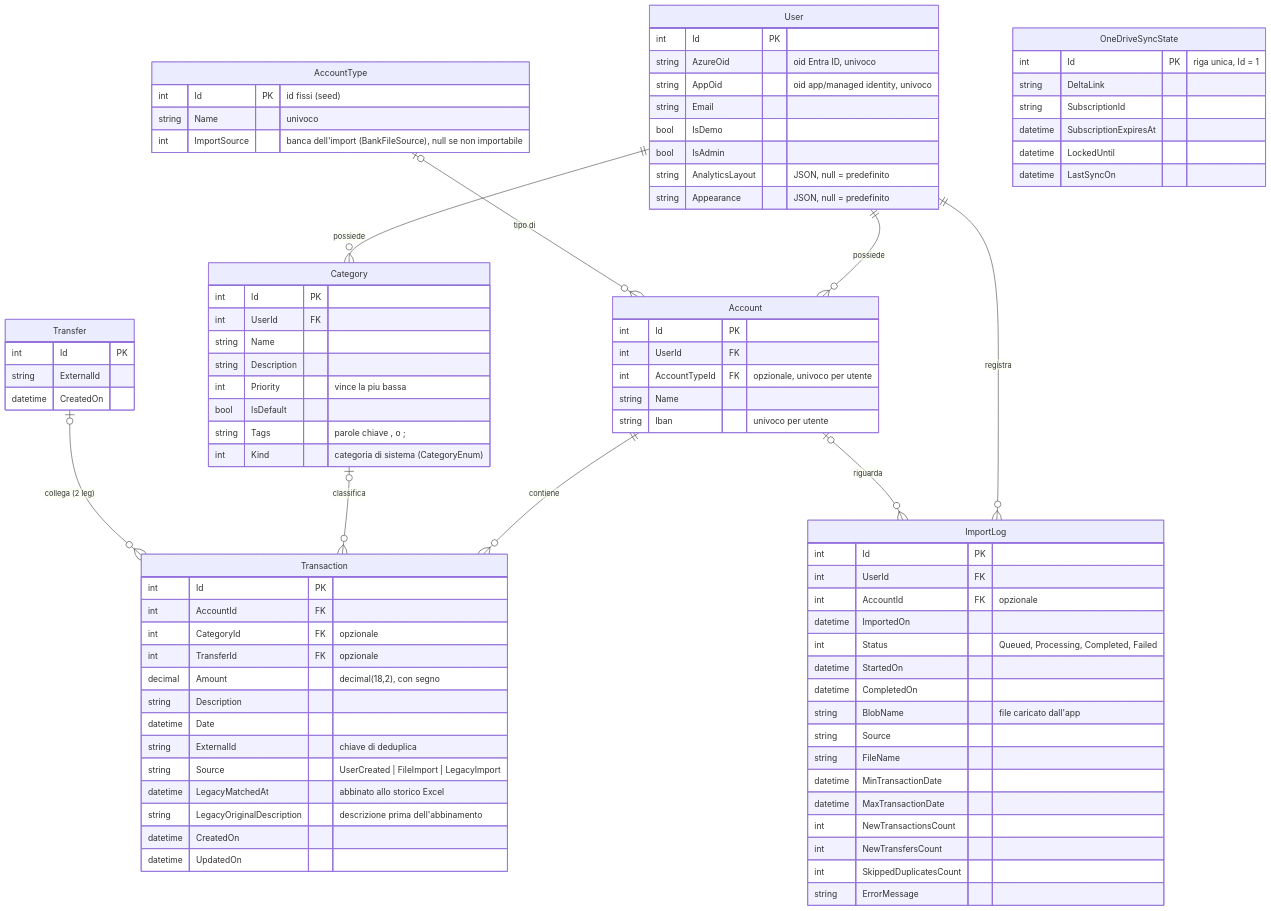
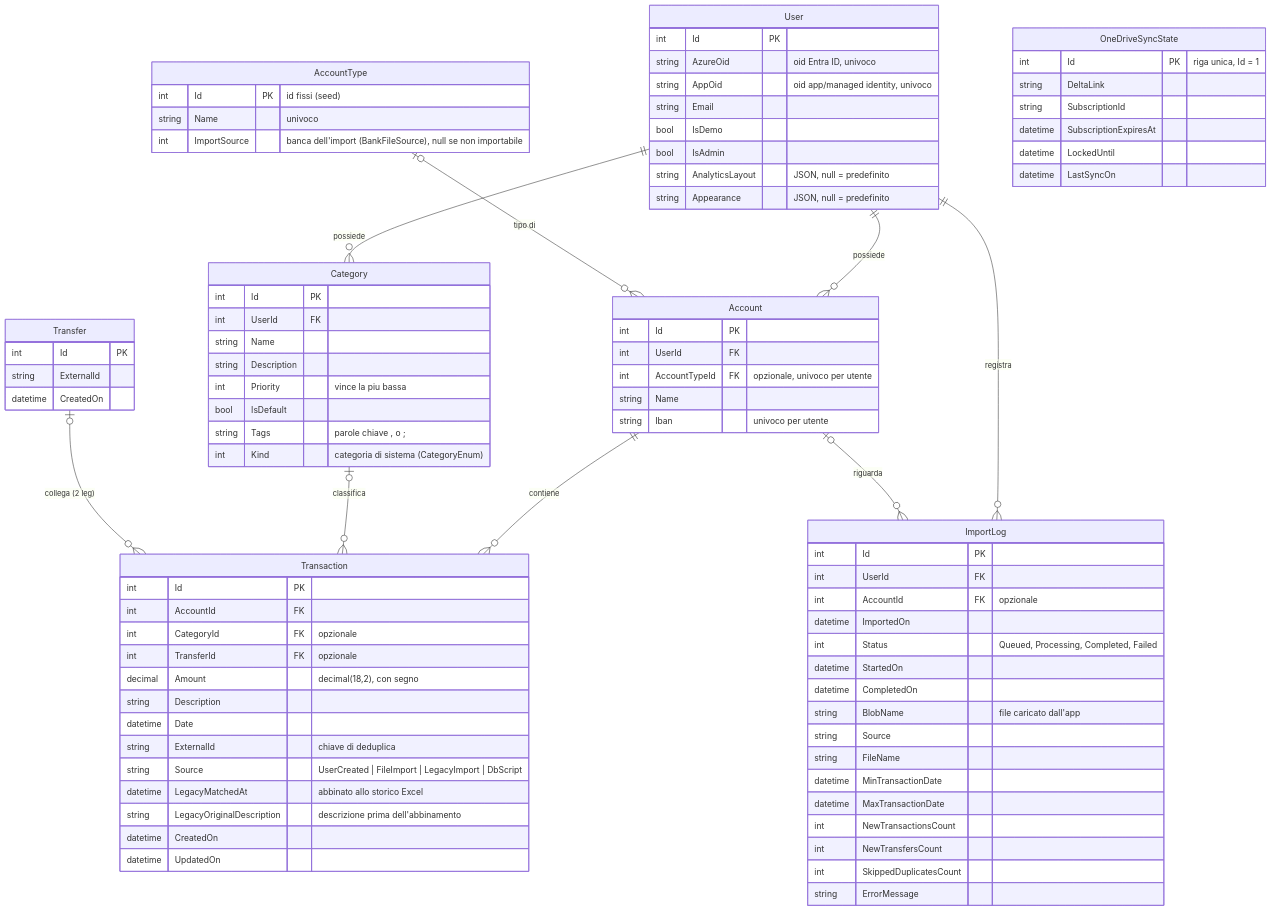
One commit to roberto-desalvo/ExpenseTracker.App changed the diagram in docs/04-dati.md. Above: the diagram before and after it, drawn with Mermaid. The commit also changed other lines of this file and 1 other file, not shown here.

```diff
--- a/docs/04-dati.md
+++ b/docs/04-dati.md
@@ -56,7 +56,7 @@
         string Description
         datetime Date
         string ExternalId "chiave di deduplica"
-        string Source "UserCreated | FileImport | LegacyImport"
+        string Source "UserCreated | FileImport | LegacyImport | DbScript"
         datetime LegacyMatchedAt "abbinato allo storico Excel"
         string LegacyOriginalDescription "descrizione prima dell'abbinamento"
         datetime CreatedOn
```
